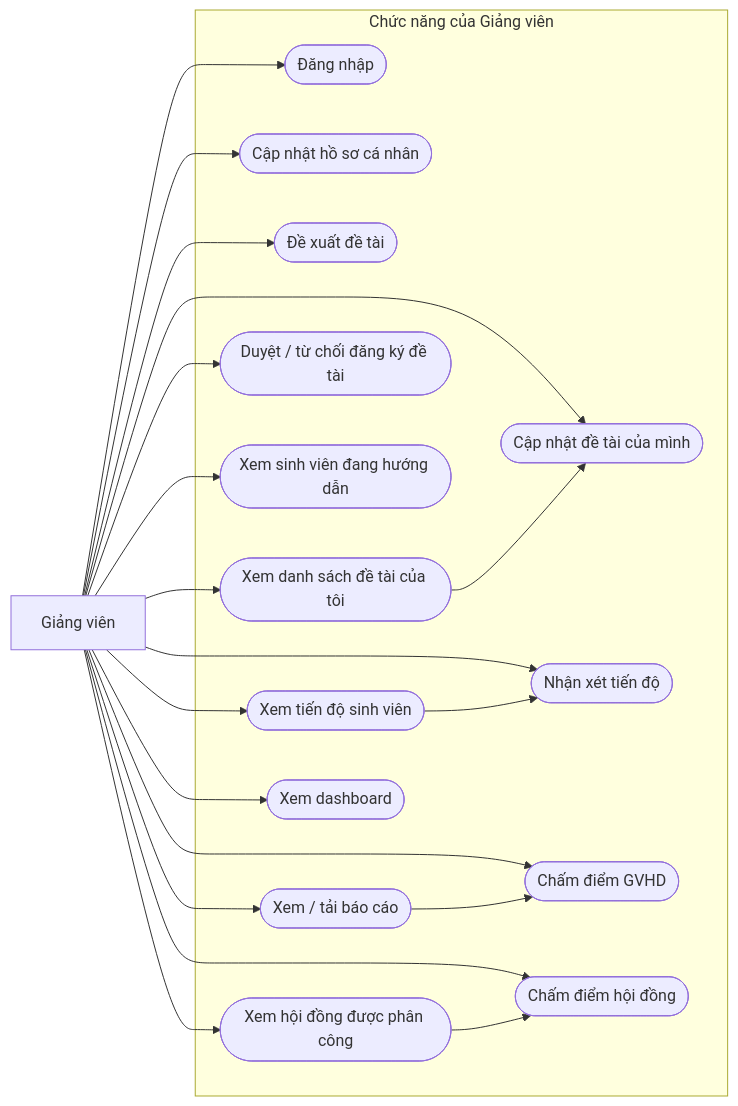
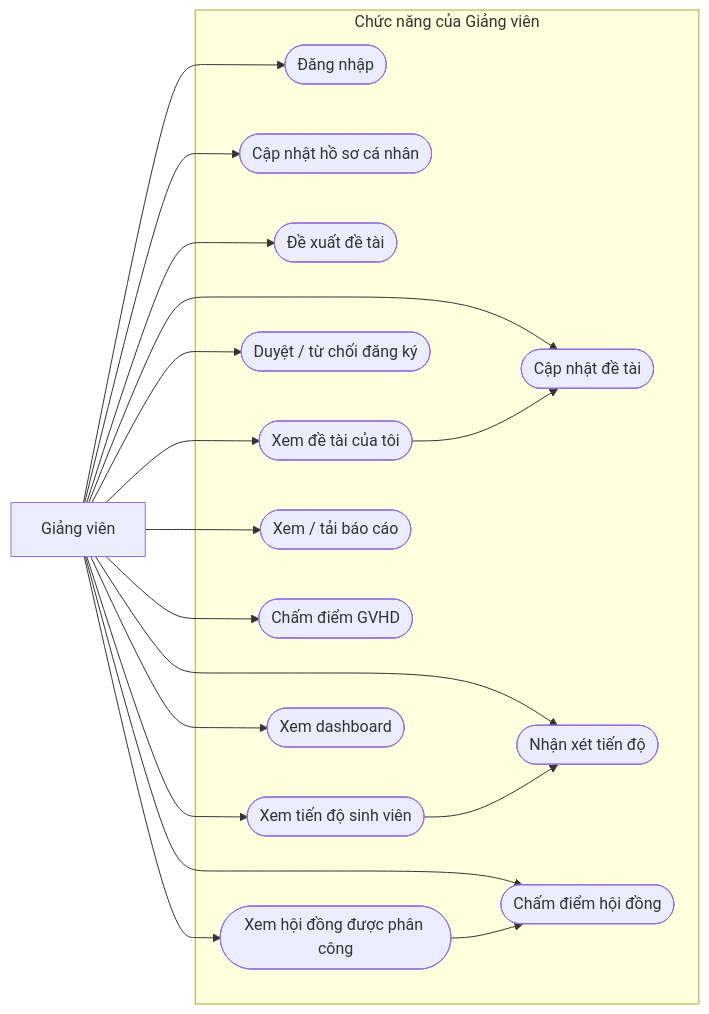
Before and after one commit to VanTruong475/research-thesis-portal: the third of 13 diagrams in docs/diagrams_research_thesis_portal.md, drawn with Mermaid. The commit also changed other lines of this file, not shown here.

Commit message:
docs(diagrams): simplify thesis report diagrams

````diff
--- a/docs/diagrams_research_thesis_portal.md
+++ b/docs/diagrams_research_thesis_portal.md
@@ -113,41 +110,38 @@
 ```mermaid
 flowchart LR
     Lecturer["Giảng viên"]
 
     subgraph LecturerCases["Chức năng của Giảng viên"]
         Login(["Đăng nhập"])
         UpdateProfile(["Cập nhật hồ sơ cá nhân"])
         CreateTopic(["Đề xuất đề tài"])
-        UpdateOwnTopic(["Cập nhật đề tài của mình"])
-        ViewOwnTopics(["Xem danh sách đề tài của tôi"])
-        ReviewRegistration(["Duyệt / từ chối đăng ký đề tài"])
-        ViewSupervisedRegistrations(["Xem sinh viên đang hướng dẫn"])
+        UpdateOwnTopic(["Cập nhật đề tài"])
+        ViewOwnTopics(["Xem đề tài của tôi"])
+        ReviewRegistration(["Duyệt / từ chối đăng ký"])
         ViewProgress(["Xem tiến độ sinh viên"])
         CommentProgress(["Nhận xét tiến độ"])
         ViewReports(["Xem / tải báo cáo"])
         SubmitSupervisorScore(["Chấm điểm GVHD"])
         SubmitCouncilScore(["Chấm điểm hội đồng"])
         ViewCouncil(["Xem hội đồng được phân công"])
         ViewDashboard(["Xem dashboard"])
     end
 
     Lecturer --> Login
     Lecturer --> UpdateProfile
     Lecturer --> CreateTopic
     Lecturer --> UpdateOwnTopic
     Lecturer --> ViewOwnTopics
     Lecturer --> ReviewRegistration
-    Lecturer --> ViewSupervisedRegistrations
     Lecturer --> ViewProgress
     Lecturer --> CommentProgress
     Lecturer --> ViewReports
     Lecturer --> SubmitSupervisorScore
     Lecturer --> SubmitCouncilScore
     Lecturer --> ViewCouncil
     Lecturer --> ViewDashboard
 
     ViewOwnTopics --> UpdateOwnTopic
     ViewProgress --> CommentProgress
-    ViewReports --> SubmitSupervisorScore
     ViewCouncil --> SubmitCouncilScore
 ```
````
